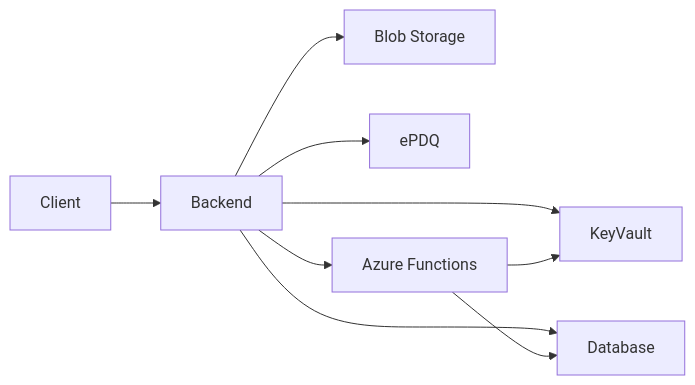
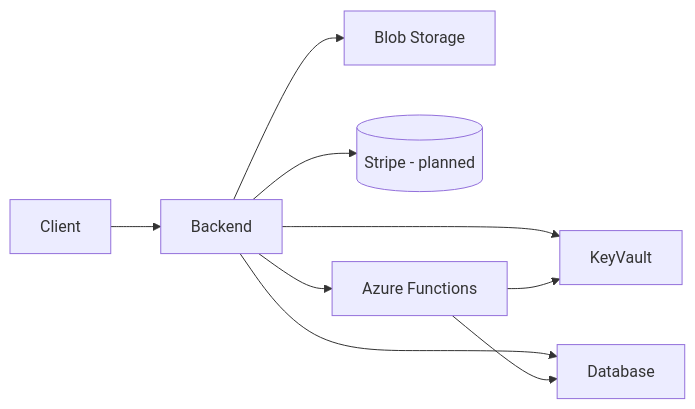
One commit to HelixAutomations/instruct-pitch changed the diagram in docs/architecture.md. Above: the diagram before and after it, drawn with Mermaid. The commit also changed other lines of this file and 103 other files, not shown here.

````diff
--- a/docs/architecture.md
+++ b/docs/architecture.md
@@ -25,11 +25,12 @@
 ```mermaid
 flowchart LR
     Client-->Backend
     Backend-->KeyVault
     Backend-->SQLDB[Database]
     Backend-->Blob[Blob Storage]
-    Backend-->ePDQ[ePDQ]
+    %% Payments layer (Stripe planned)
+    Backend-->Payments[(Stripe - planned)]
     Backend-->Functions[Azure Functions]
     Functions-->SQLDB
     Functions-->KeyVault
 ```
````
